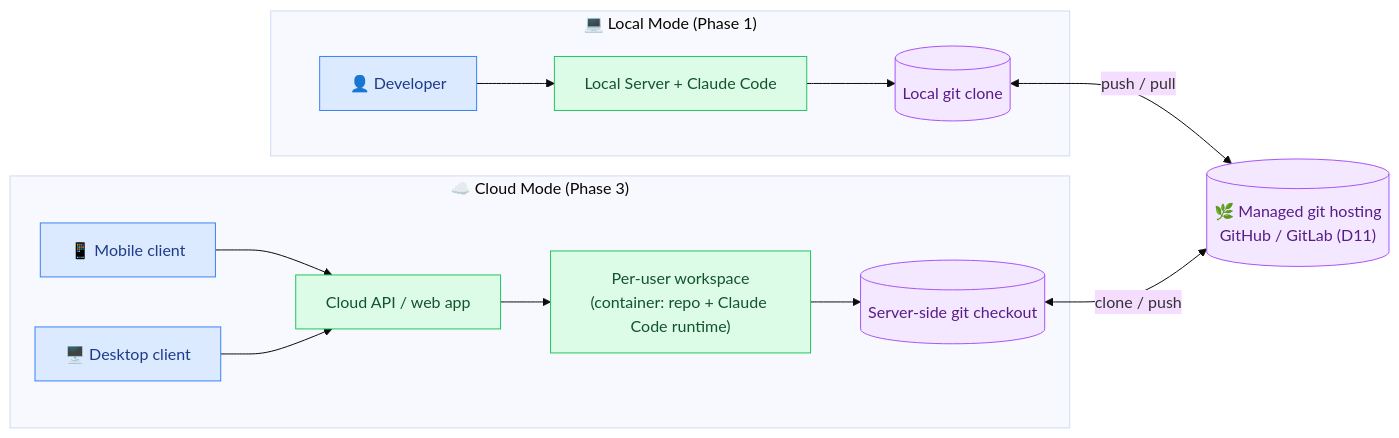
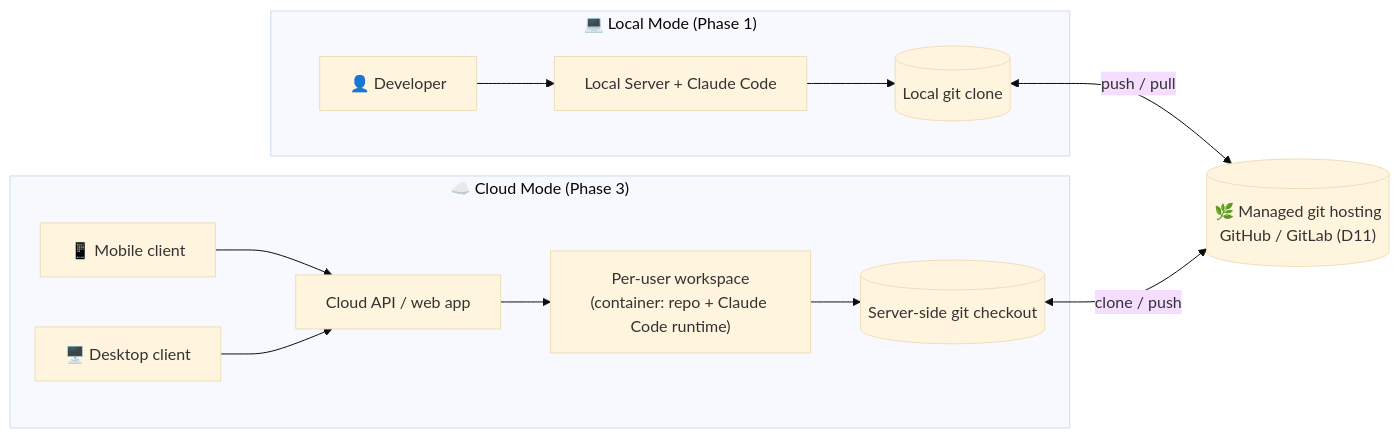
One commit to omars-lab/omars-lab.github.io changed the eighth of 15 diagrams in bytesofpurpose-blog/designs/2026-06-22-markdown-review-studio.mdx. Above: the diagram before and after it, drawn with Mermaid (base theme). The commit also changed other lines of this file and 6 other files, not shown here.

First line of the commit message:
feat(designs): on-brand mermaid theme + dark-mode-adaptive diagrams

````diff
--- a/bytesofpurpose-blog/designs/2026-06-22-markdown-review-studio.mdx
+++ b/bytesofpurpose-blog/designs/2026-06-22-markdown-review-studio.mdx
@@ -672,24 +626,18 @@
 ```mermaid
 graph LR
     subgraph local["💻 Local Mode (Phase 1)"]
         DEV["👤 Developer"] --> LS["Local Server + Claude Code"]
         LS --> LR[("Local git clone")]
     end
 
     subgraph cloud["☁️ Cloud Mode (Phase 3)"]
         M["📱 Mobile client"] --> API2["Cloud API / web app"]
         D2["🖥️ Desktop client"] --> API2
         API2 --> WS["Per-user workspace<br/>(container: repo + Claude Code runtime)"]
         WS --> WR[("Server-side git checkout")]
     end
 
     LR <-->|"push / pull"| HOST[("🌿 Managed git hosting<br/>GitHub / GitLab (D11)")]
     WR <-->|"clone / push"| HOST
 
-    classDef u fill:#dbeafe,stroke:#3b82f6,color:#1e3a8a
-    classDef srv fill:#dcfce7,stroke:#22c55e,color:#14532d
-    classDef store fill:#f3e8ff,stroke:#a855f7,color:#581c87
-    class DEV,M,D2 u
-    class LS,API2,WS srv
-    class LR,WR,HOST store
 ```
````
